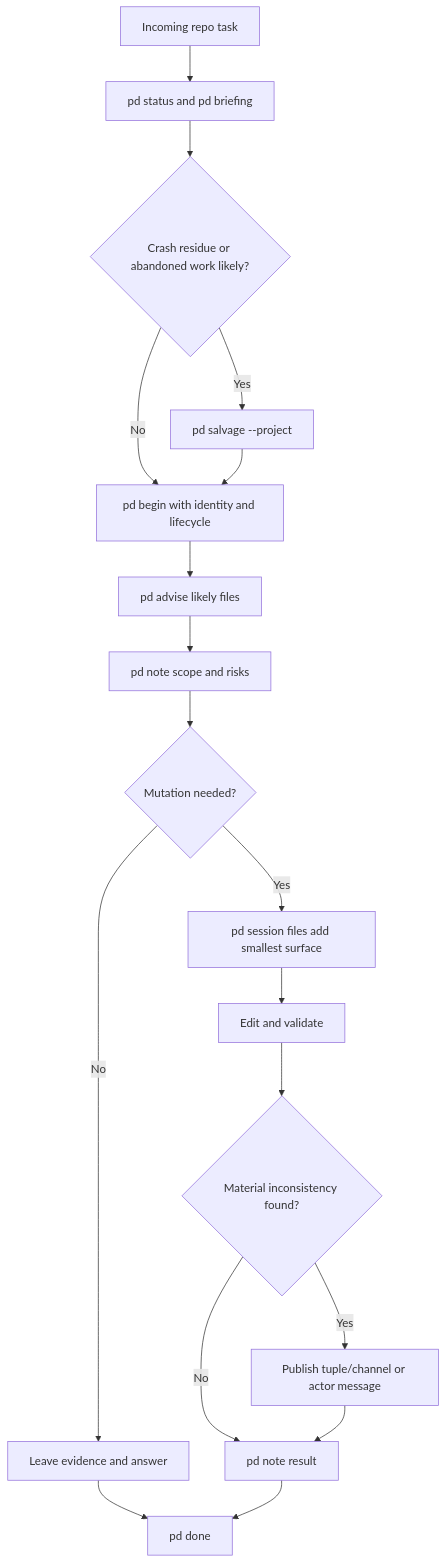
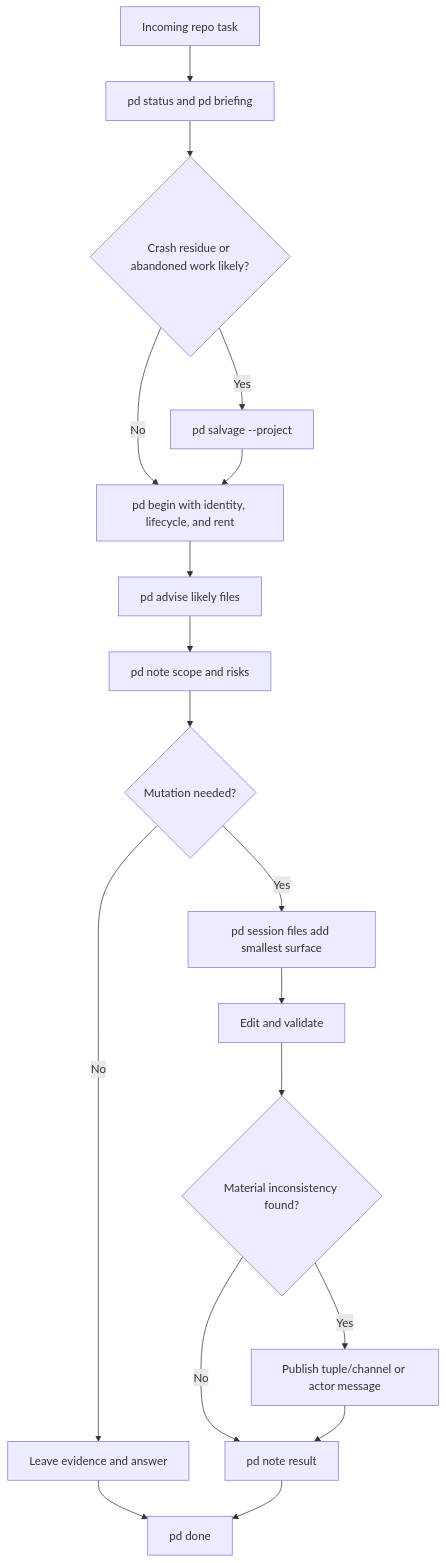
Before and after one commit to curiositech/port-daddy: the diagram in .claude/skills/port-daddy-agent-skill/diagrams/04_flowchart_decision-points.md, drawn with Mermaid. The commit also changed 122 other files, not shown here.

````diff
--- a/.claude/skills/port-daddy-agent-skill/diagrams/04_flowchart_decision-points.md
+++ b/.claude/skills/port-daddy-agent-skill/diagrams/04_flowchart_decision-points.md
@@ -3,20 +3,20 @@
 ```mermaid
 flowchart TD
   A[Incoming repo task] --> B[pd status and pd briefing]
   B --> C{Crash residue or abandoned work likely?}
   C -->|Yes| D[pd salvage --project]
-  C -->|No| E[pd begin with identity and lifecycle]
+  C -->|No| E[pd begin with identity, lifecycle, and rent]
   D --> E
   E --> F[pd advise likely files]
   F --> G[pd note scope and risks]
   G --> H{Mutation needed?}
   H -->|No| I[Leave evidence and answer]
   H -->|Yes| J[pd session files add smallest surface]
   J --> K[Edit and validate]
   K --> L{Material inconsistency found?}
   L -->|Yes| M[Publish tuple/channel or actor message]
   L -->|No| N[pd note result]
   M --> N
   I --> O[pd done]
   N --> O
 ```
````
